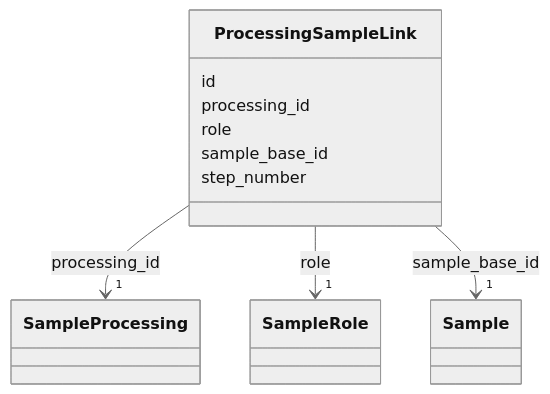
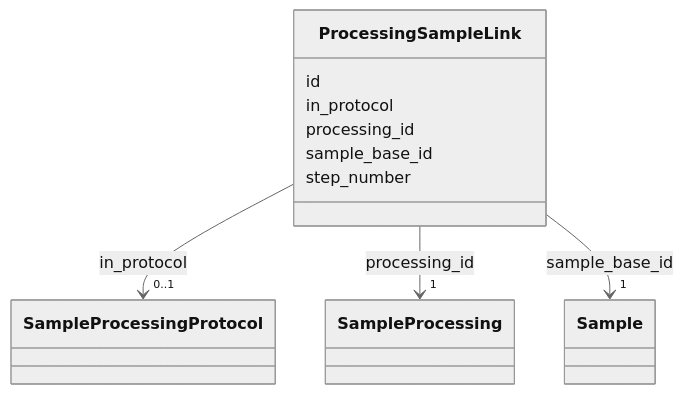
Before and after one commit to EMSL-Computing/BASALT-Schema: the diagram in docs/elements/ProcessingSampleLink.md, drawn with Mermaid (neutral theme). The commit also changed other lines of this file and 550 other files, not shown here.

````diff
--- a/docs/elements/ProcessingSampleLink.md
+++ b/docs/elements/ProcessingSampleLink.md
@@ -22,43 +22,43 @@
 ```mermaid
  classDiagram
     class ProcessingSampleLink
     click ProcessingSampleLink href "../ProcessingSampleLink/"
       ProcessingSampleLink : id
+        
+      ProcessingSampleLink : in_protocol
+        
+          
+    
+        
+        
+        ProcessingSampleLink --> "0..1" SampleProcessingProtocol : in_protocol
+        click SampleProcessingProtocol href "../SampleProcessingProtocol/"
+    
+
         
       ProcessingSampleLink : processing_id
         
           
     
         
         
         ProcessingSampleLink --> "1" SampleProcessing : processing_id
         click SampleProcessing href "../SampleProcessing/"
-    
-
-        
-      ProcessingSampleLink : role
-        
-          
-    
-        
-        
-        ProcessingSampleLink --> "1" SampleRole : role
-        click SampleRole href "../SampleRole/"
     
 
         
       ProcessingSampleLink : sample_base_id
         
           
     
         
         
         ProcessingSampleLink --> "1" Sample : sample_base_id
         click Sample href "../Sample/"
     
 
         
       ProcessingSampleLink : step_number
         
       
 ```
````
